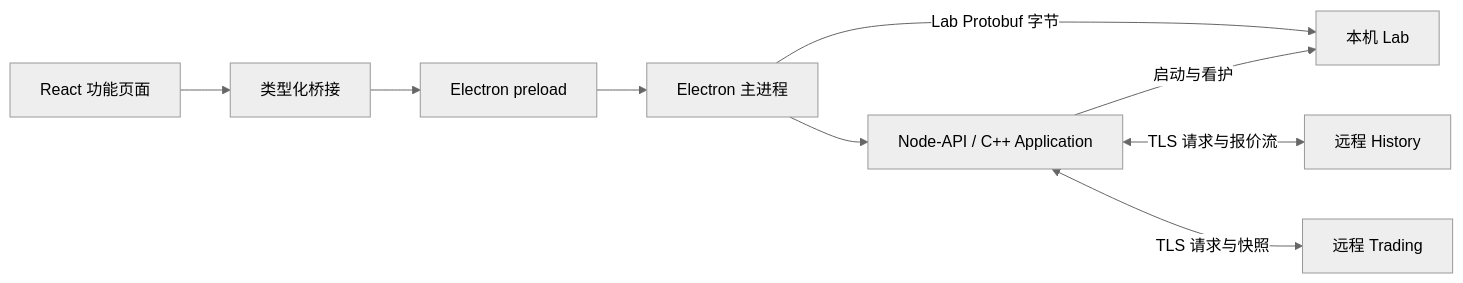
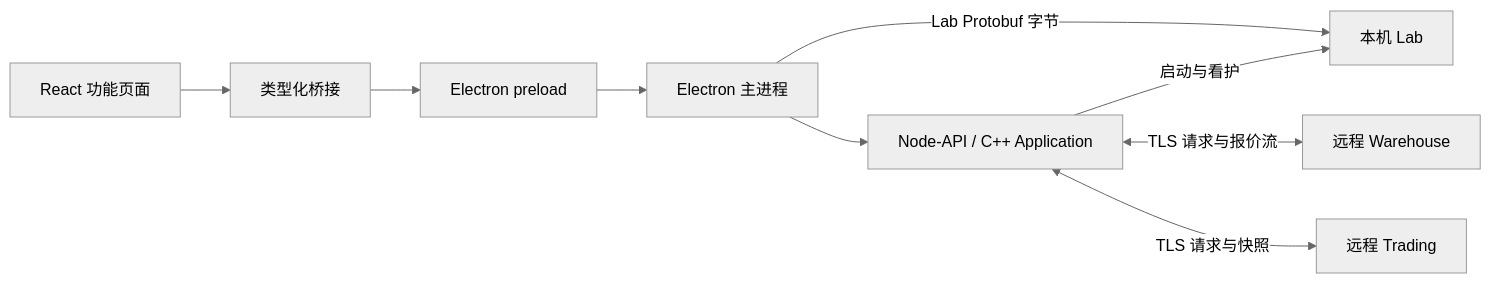
Before and after one commit to isqiwen/asterion-terminal: the first of 4 diagrams in docs/terminal/architecture.md, drawn with Mermaid (neutral theme). The commit also changed other lines of this file and 329 other files, not shown here.

First line of the commit message:
M3.88: rename the services to Market and Warehouse

````diff
--- a/docs/terminal/architecture.md
+++ b/docs/terminal/architecture.md
@@ -7,11 +7,11 @@
 ```mermaid
 flowchart LR
     page[React 功能页面] --> bridge[类型化桥接]
     bridge --> preload[Electron preload]
     preload --> main[Electron 主进程]
     main --> native[Node-API / C++ Application]
     main -->|Lab Protobuf 字节| lab[本机 Lab]
     native -->|启动与看护| lab
-    native <-->|TLS 请求与报价流| market[远程 History]
+    native <-->|TLS 请求与报价流| market[远程 Warehouse]
     native <-->|TLS 请求与快照| trading[远程 Trading]
 ```
````
